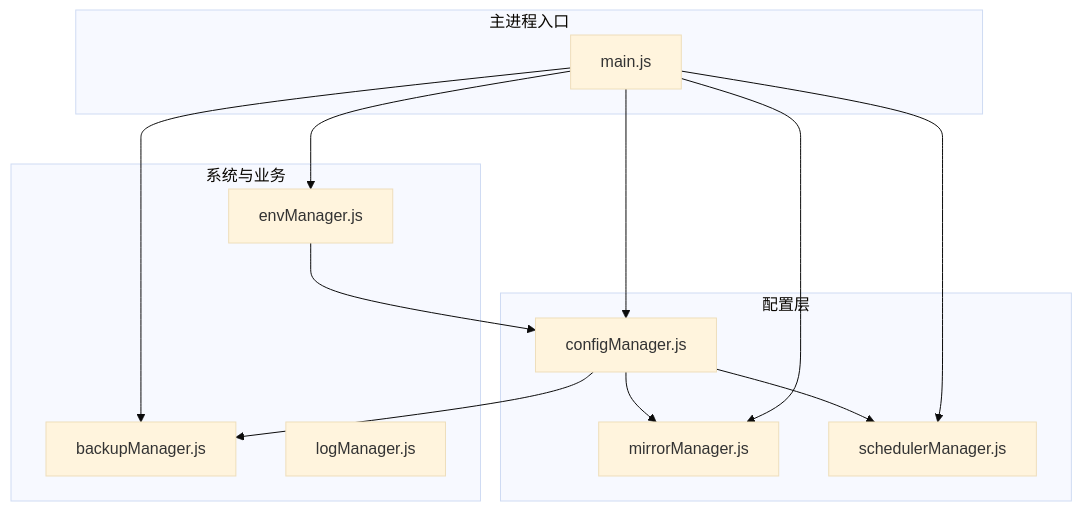
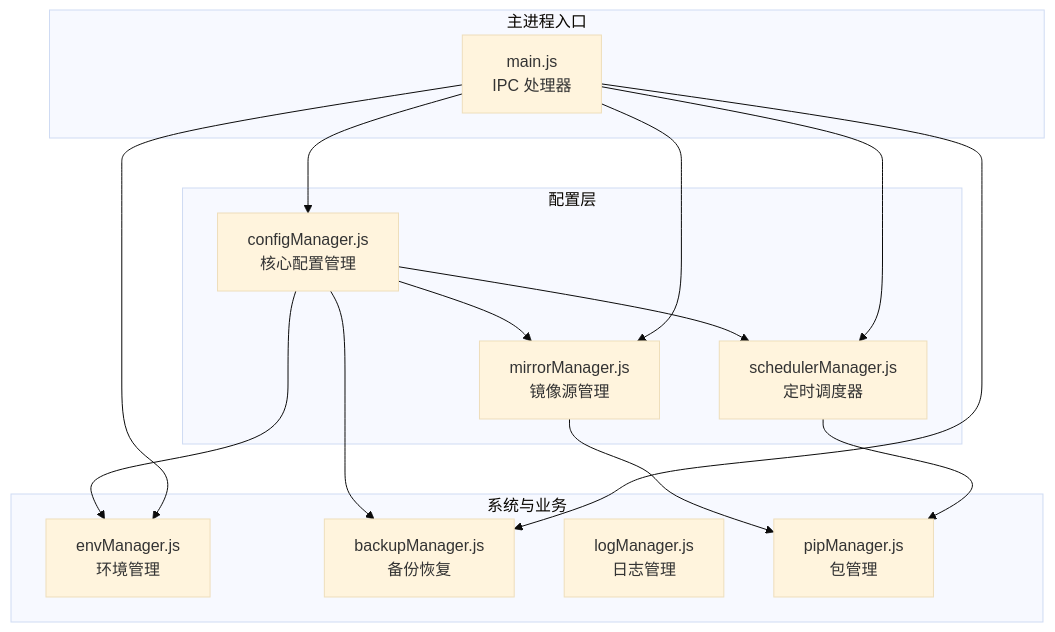
One commit to SoftheartedYYC/PyLibMaster changed the first of 7 diagrams in docs/zh/content/核心模块/配置管理器 (configManager).md. Above: the diagram before and after it, drawn with Mermaid (base theme). The commit also changed other lines of this file and 72 other files, not shown here.

````diff
--- a/docs/zh/content/核心模块/配置管理器 (configManager).md
+++ b/docs/zh/content/核心模块/配置管理器 (configManager).md
@@ -40,25 +48,28 @@
 ```mermaid
 graph TB
 subgraph "配置层"
-CM["configManager.js"]
-MM["mirrorManager.js"]
-SM["schedulerManager.js"]
+CM["configManager.js<br/>核心配置管理"]
+MM["mirrorManager.js<br/>镜像源管理"]
+SM["schedulerManager.js<br/>定时调度器"]
 end
 subgraph "系统与业务"
-EM["envManager.js"]
-BM["backupManager.js"]
-LM["logManager.js"]
+EM["envManager.js<br/>环境管理"]
+BM["backupManager.js<br/>备份恢复"]
+LM["logManager.js<br/>日志管理"]
+PM["pipManager.js<br/>包管理"]
 end
 subgraph "主进程入口"
-MAIN["main.js"]
+MAIN["main.js<br/>IPC 处理器"]
 end
 CM --> MM
 CM --> SM
 CM --> BM
-EM --> CM
+CM --> EM
 MAIN --> CM
 MAIN --> MM
 MAIN --> SM
 MAIN --> EM
 MAIN --> BM
+MM --> PM
+SM --> PM
 ```
````
